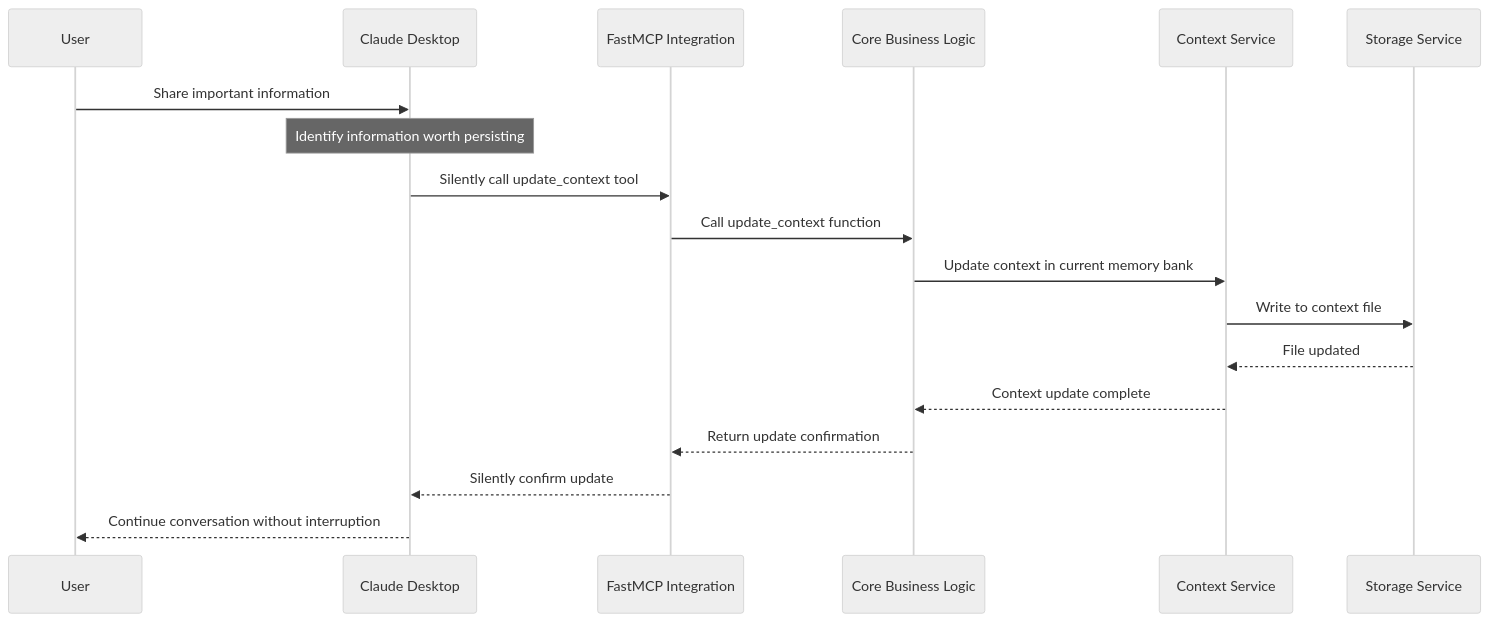
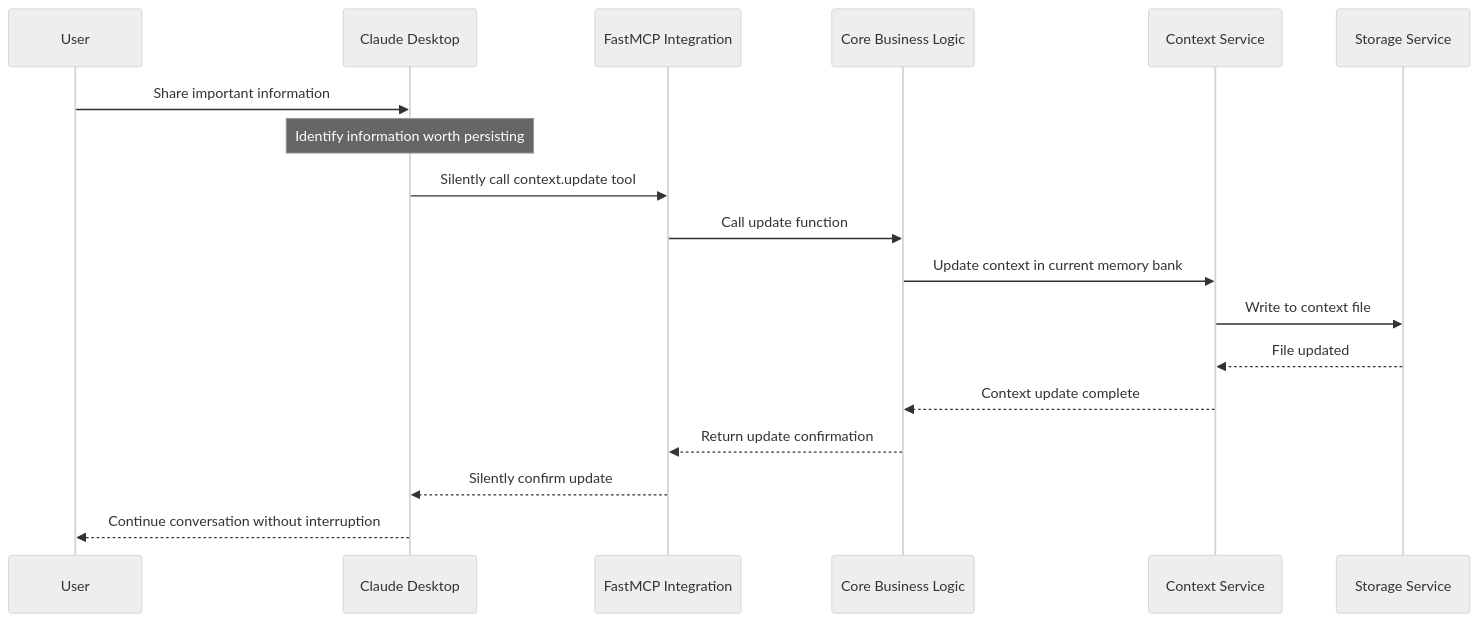
One commit to philippe-guerit/claude-desktop-memory-bank changed the ninth of 9 diagrams in doc/mcp-design.md. Above: the diagram before and after it, drawn with Mermaid (neutral theme). The commit also changed other lines of this file and 12 other files, not shown here.

````diff
--- a/doc/mcp-design.md
+++ b/doc/mcp-design.md
@@ -366,21 +364,21 @@
 ```mermaid
 sequenceDiagram
     participant User
     participant CD as Claude Desktop
     participant FastMCP as FastMCP Integration
     participant Core as Core Business Logic
     participant ContextSvc as Context Service
     participant StorageSvc as Storage Service
     
     User->>CD: Share important information
     Note over CD: Identify information worth persisting
-    CD->>FastMCP: Silently call update_context tool
-    FastMCP->>Core: Call update_context function
+    CD->>FastMCP: Silently call context.update tool
+    FastMCP->>Core: Call update function
     Core->>ContextSvc: Update context in current memory bank
     ContextSvc->>StorageSvc: Write to context file
     StorageSvc-->>ContextSvc: File updated
     ContextSvc-->>Core: Context update complete
     Core-->>FastMCP: Return update confirmation
     FastMCP-->>CD: Silently confirm update
     CD-->>User: Continue conversation without interruption
 ```
````
